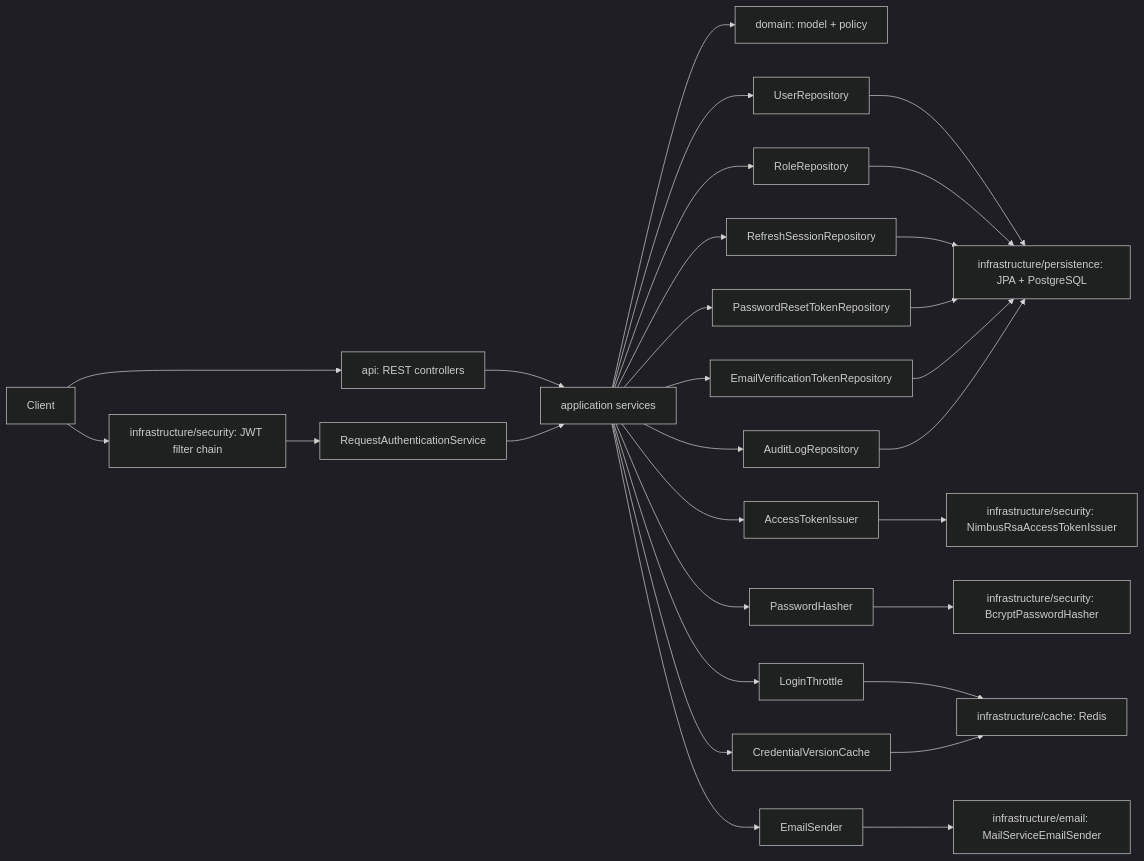
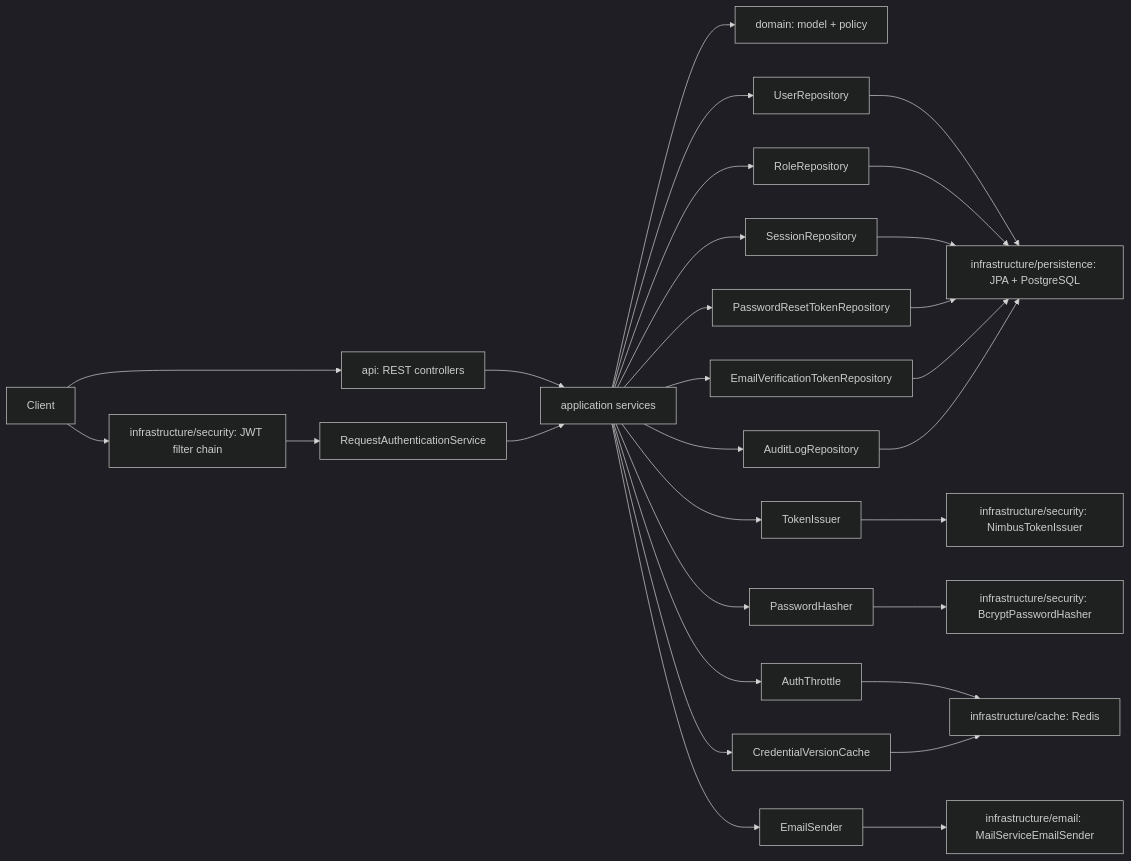
The first of 6 diagrams in docs/specs/auth-module-requirements.md (vandunxg/file_processing), drawn with Mermaid (dark theme) before and after one commit. The commit also changed other lines of this file and 418 other files, not shown here.

````diff
--- a/docs/specs/auth-module-requirements.md
+++ b/docs/specs/auth-module-requirements.md
@@ -651,31 +652,31 @@
 ```mermaid
 flowchart LR
     Client[Client] --> Web[api: REST controllers]
     Client --> Security[infrastructure/security: JWT filter chain]
     Web --> App[application services]
     Security --> ReqAuth[RequestAuthenticationService]
     ReqAuth --> App
     App --> Domain[domain: model + policy]
     App --> UserRepo[UserRepository]
     App --> RoleRepo[RoleRepository]
-    App --> SessionRepo[RefreshSessionRepository]
+    App --> SessionRepo[SessionRepository]
     App --> ResetRepo[PasswordResetTokenRepository]
     App --> VerifyRepo[EmailVerificationTokenRepository]
     App --> AuditRepo[AuditLogRepository]
-    App --> TokenIssuer[AccessTokenIssuer]
+    App --> TokenIssuer[TokenIssuer]
     App --> Hasher[PasswordHasher]
-    App --> Throttle[LoginThrottle]
+    App --> Throttle[AuthThrottle]
     App --> CvCache[CredentialVersionCache]
     App --> Mailer[EmailSender]
     UserRepo --> Jpa[infrastructure/persistence: JPA + PostgreSQL]
     RoleRepo --> Jpa
     SessionRepo --> Jpa
     ResetRepo --> Jpa
     VerifyRepo --> Jpa
     AuditRepo --> Jpa
-    TokenIssuer --> Jwt[infrastructure/security: NimbusRsaAccessTokenIssuer]
+    TokenIssuer --> Jwt[infrastructure/security: NimbusTokenIssuer]
     Hasher --> Bcrypt[infrastructure/security: BcryptPasswordHasher]
     Throttle --> Redis[infrastructure/cache: Redis]
     CvCache --> Redis
     Mailer --> Smtp[infrastructure/email: MailServiceEmailSender]
 ```
````
